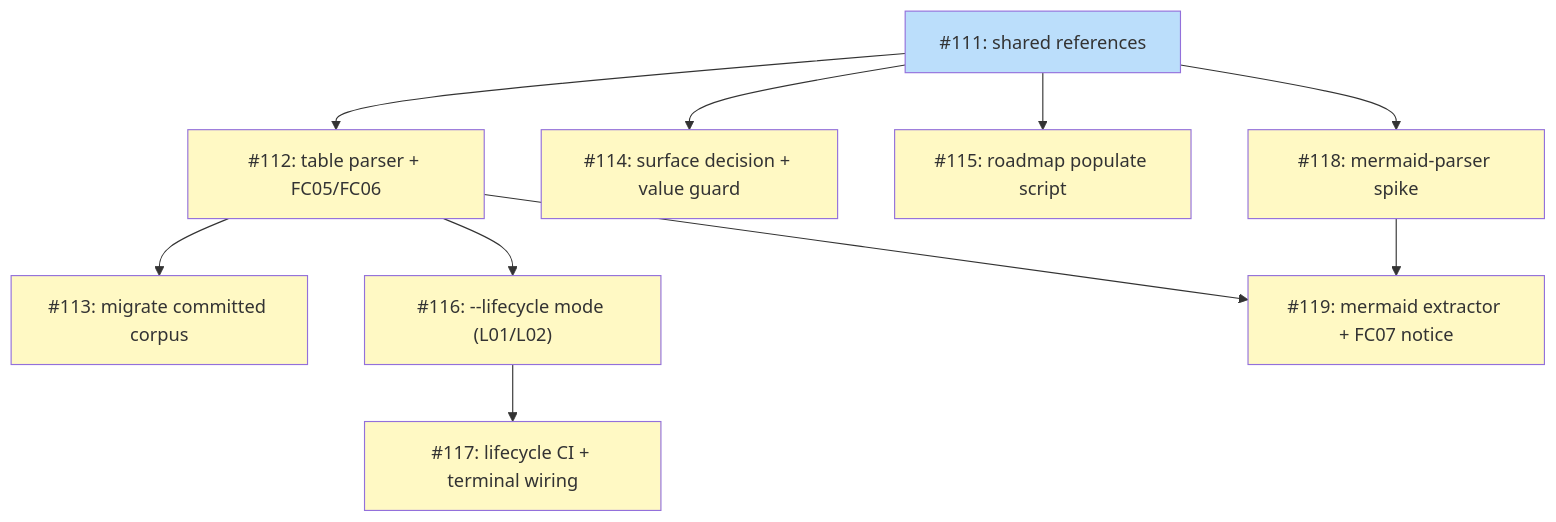
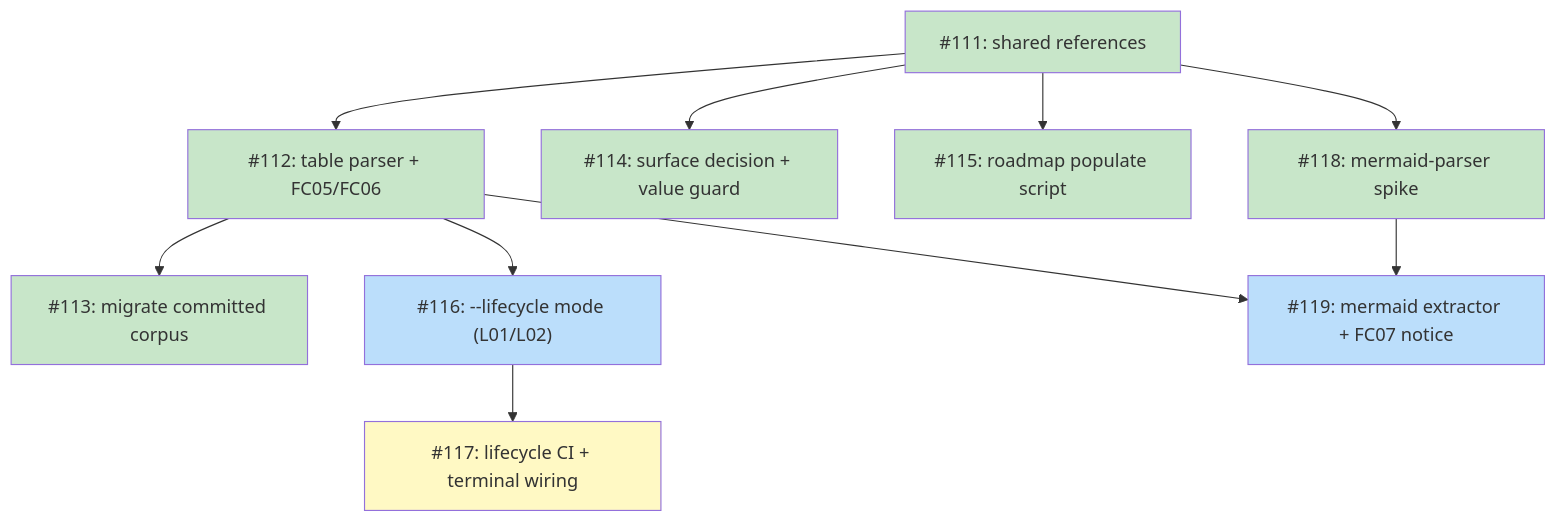
Before and after one commit to tsukumogami/shirabe: the diagram in docs/plans/PLAN-roadmap-plan-standardization.md, drawn with Mermaid. The commit also changed other lines of this file and 1 other file, not shown here.

Commit message:
docs(spike): enumerate mermaid graph td subset for fc07 extractor
Adds the spike artifact for the FC07 table-diagram reconciliation
extractor (issue #118), surveys the five committed mermaid diagrams,
enumerates the syntactic constructs in use, and recommends the
minimum extractor scope plus per-dimension strictness for the v1
notice FC07 ships.

Also strikes through the #118 row in the milestone PLAN doc and
recomputes the dependency-graph class assignments so closed issues
read as done and #119's blockers (#112, #118) flip its class from
blocked to ready.

Closes #118

````diff
--- a/docs/plans/PLAN-roadmap-plan-standardization.md
+++ b/docs/plans/PLAN-roadmap-plan-standardization.md
@@ -87,35 +87,36 @@
 ```mermaid
 graph TD
     I111["#111: shared references"]
     I112["#112: table parser + FC05/FC06"]
     I113["#113: migrate committed corpus"]
     I114["#114: surface decision + value guard"]
     I115["#115: roadmap populate script"]
     I116["#116: --lifecycle mode (L01/L02)"]
     I117["#117: lifecycle CI + terminal wiring"]
     I118["#118: mermaid-parser spike"]
     I119["#119: mermaid extractor + FC07 notice"]
 
     I111 --> I112
     I111 --> I114
     I111 --> I115
     I111 --> I118
     I112 --> I113
     I112 --> I116
     I112 --> I119
     I116 --> I117
     I118 --> I119
 
     classDef done fill:#c8e6c9
     classDef ready fill:#bbdefb
     classDef blocked fill:#fff9c4
     classDef needsDesign fill:#e1bee7
     classDef needsPrd fill:#b3e5fc
     classDef needsSpike fill:#ffcdd2
     classDef needsDecision fill:#d1c4e9
     classDef tracksDesign fill:#FFE0B2,stroke:#F57C00,color:#000
     classDef tracksPlan fill:#FFE0B2,stroke:#F57C00,color:#000
 
-    class I111 ready
-    class I112,I113,I114,I115,I116,I117,I118,I119 blocked
+    class I111,I112,I113,I114,I115,I118 done
+    class I116,I119 ready
+    class I117 blocked
 ```
````
